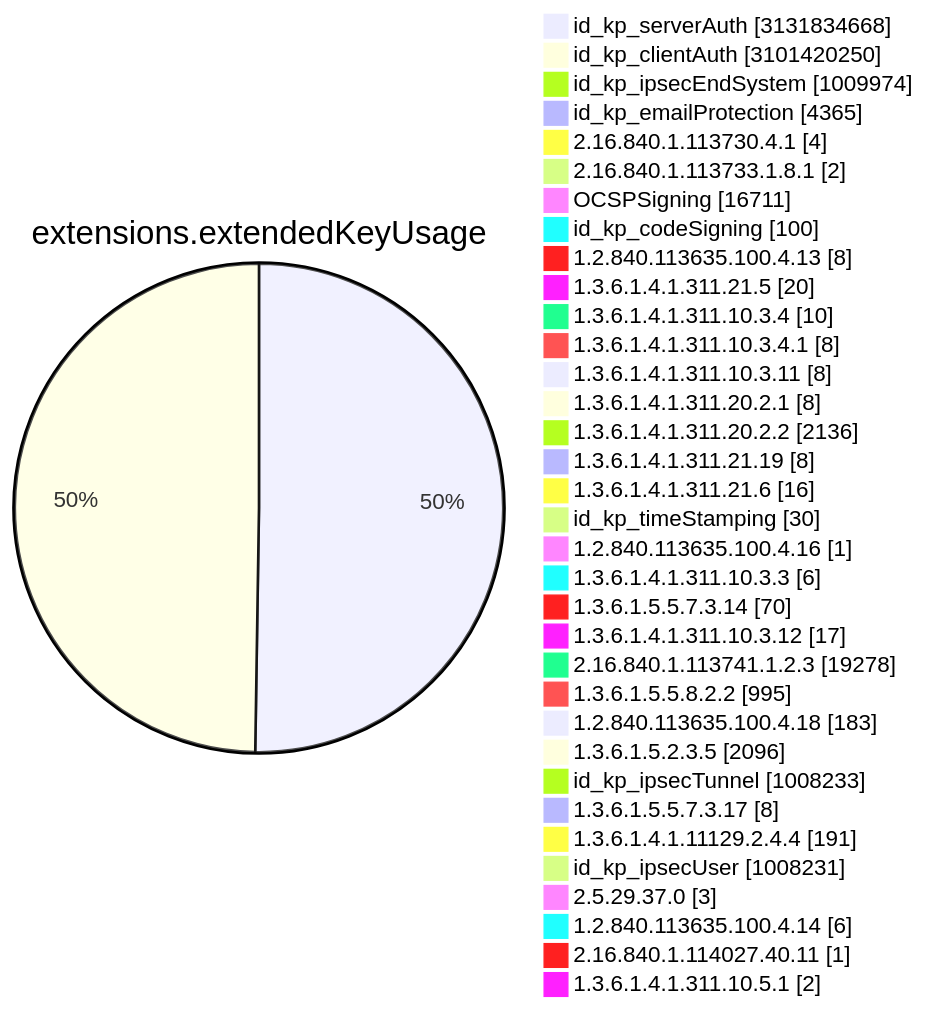
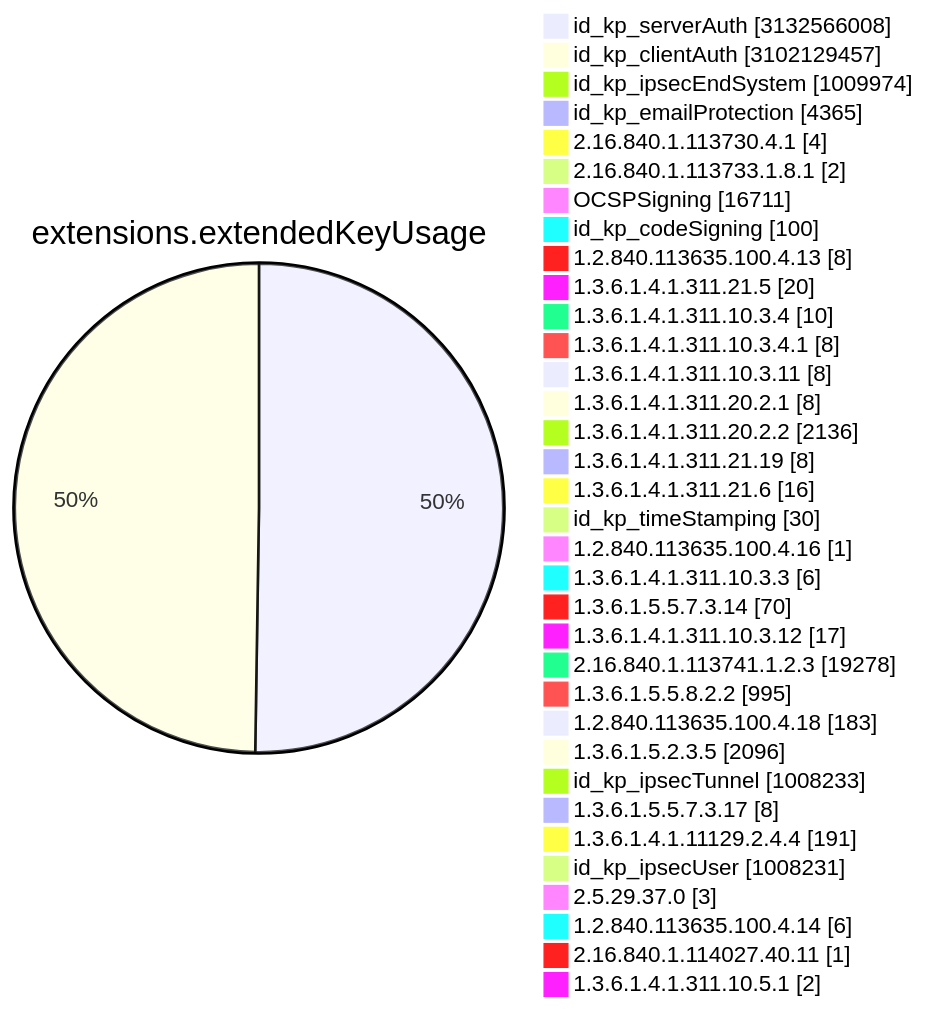
Before and after one commit to christiankrug/ctmonitor_visualization: diagram 11 of 15 in TOTAL/README.md, drawn with Mermaid. The commit also changed other lines of this file, not shown here.

````diff
--- a/TOTAL/README.md
+++ b/TOTAL/README.md
@@ -4117,38 +4117,38 @@
 ```mermaid
 pie showData
 title extensions.extendedKeyUsage
-"id_kp_serverAuth" :3131834668
-"id_kp_clientAuth" :3101420250
+"id_kp_serverAuth" :3132566008
+"id_kp_clientAuth" :3102129457
 "id_kp_ipsecEndSystem" :1009974
 "id_kp_emailProtection" :4365
 "2.16.840.1.113730.4.1" :4
 "2.16.840.1.113733.1.8.1" :2
 "OCSPSigning" :16711
 "id_kp_codeSigning" :100
 "1.2.840.113635.100.4.13" :8
 "1.3.6.1.4.1.311.21.5" :20
 "1.3.6.1.4.1.311.10.3.4" :10
 "1.3.6.1.4.1.311.10.3.4.1" :8
 "1.3.6.1.4.1.311.10.3.11" :8
 "1.3.6.1.4.1.311.20.2.1" :8
 "1.3.6.1.4.1.311.20.2.2" :2136
 "1.3.6.1.4.1.311.21.19" :8
 "1.3.6.1.4.1.311.21.6" :16
 "id_kp_timeStamping" :30
 "1.2.840.113635.100.4.16" :1
 "1.3.6.1.4.1.311.10.3.3" :6
 "1.3.6.1.5.5.7.3.14" :70
 "1.3.6.1.4.1.311.10.3.12" :17
 "2.16.840.1.113741.1.2.3" :19278
 "1.3.6.1.5.5.8.2.2" :995
 "1.2.840.113635.100.4.18" :183
 "1.3.6.1.5.2.3.5" :2096
 "id_kp_ipsecTunnel" :1008233
 "1.3.6.1.5.5.7.3.17" :8
 "1.3.6.1.4.1.11129.2.4.4" :191
 "id_kp_ipsecUser" :1008231
 "2.5.29.37.0" :3
 "1.2.840.113635.100.4.14" :6
 "2.16.840.1.114027.40.11" :1
 "1.3.6.1.4.1.311.10.5.1" :2
 ```
````
